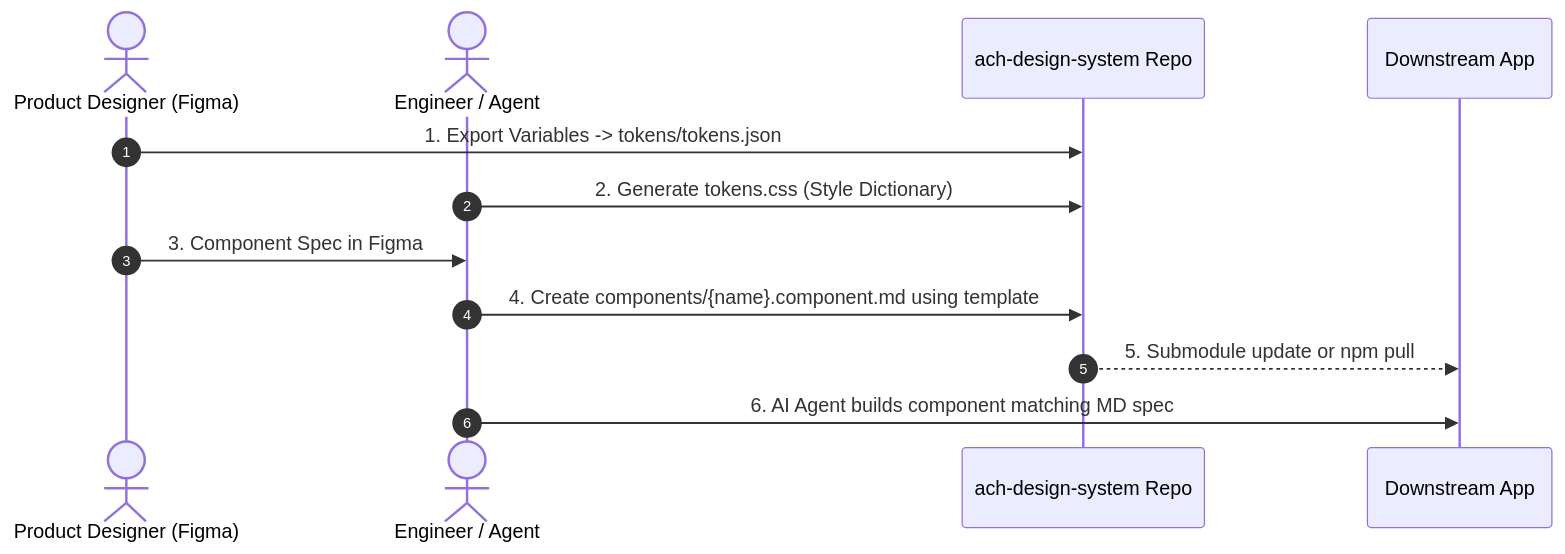
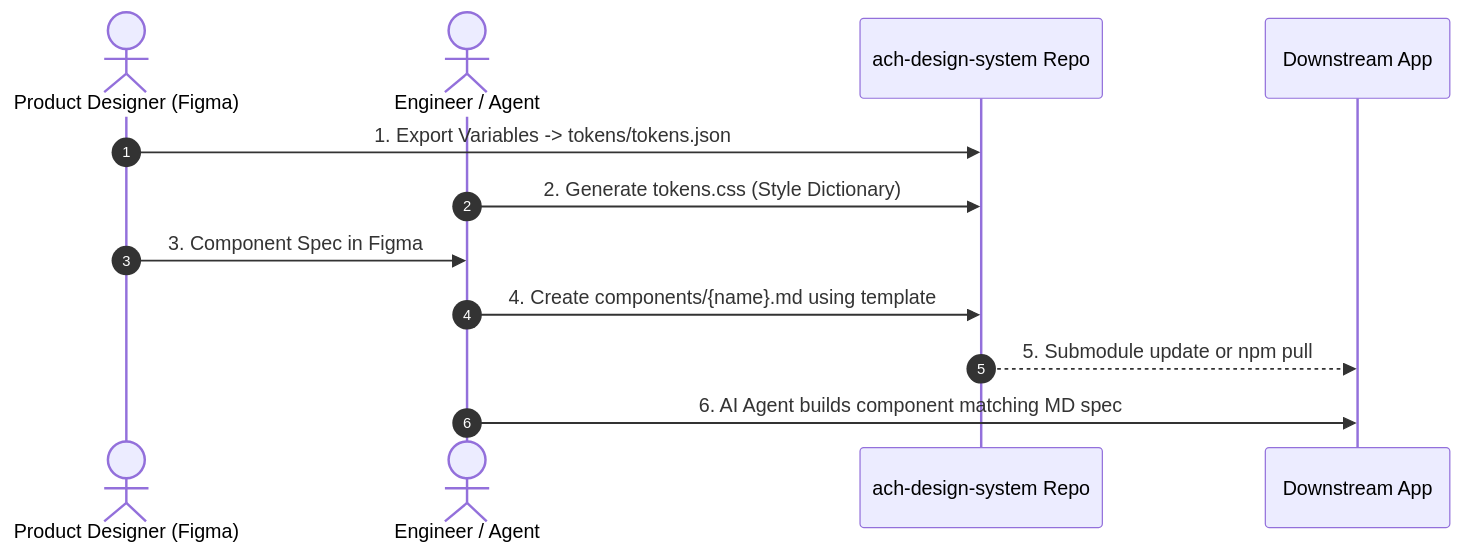
One commit to arioseno-ach/ach-design-system changed the diagram in docs/integration-guide.md. Above: the diagram before and after it, drawn with Mermaid. The commit also changed other lines of this file and 20 other files, not shown here.

````diff
--- a/docs/integration-guide.md
+++ b/docs/integration-guide.md
@@ -151,15 +151,15 @@
 ```mermaid
 sequenceDiagram
     autonumber
     actor Designer as Product Designer (Figma)
     actor Dev as Engineer / Agent
     participant Repo as ach-design-system Repo
     participant App as Downstream App
 
     Designer->>Repo: 1. Export Variables -> tokens/tokens.json
     Dev->>Repo: 2. Generate tokens.css (Style Dictionary)
     Designer->>Dev: 3. Component Spec in Figma
-    Dev->>Repo: 4. Create components/{name}.component.md using template
+    Dev->>Repo: 4. Create components/{name}.md using template
     Repo-->>App: 5. Submodule update or npm pull
     Dev->>App: 6. AI Agent builds component matching MD spec
 ```
````
